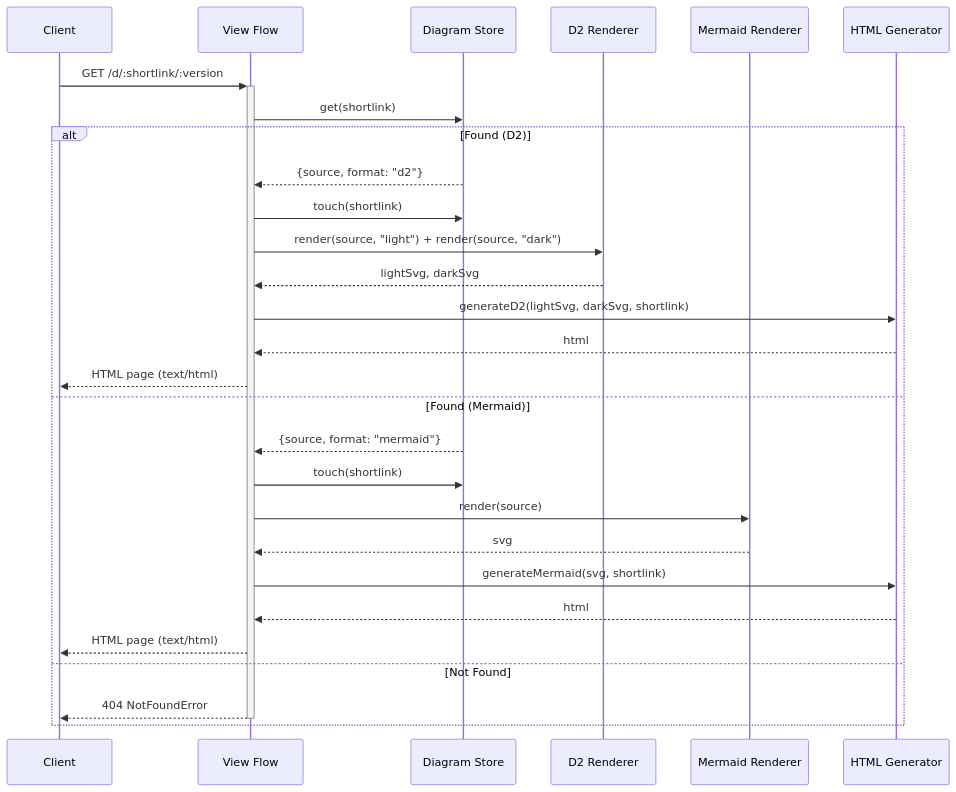
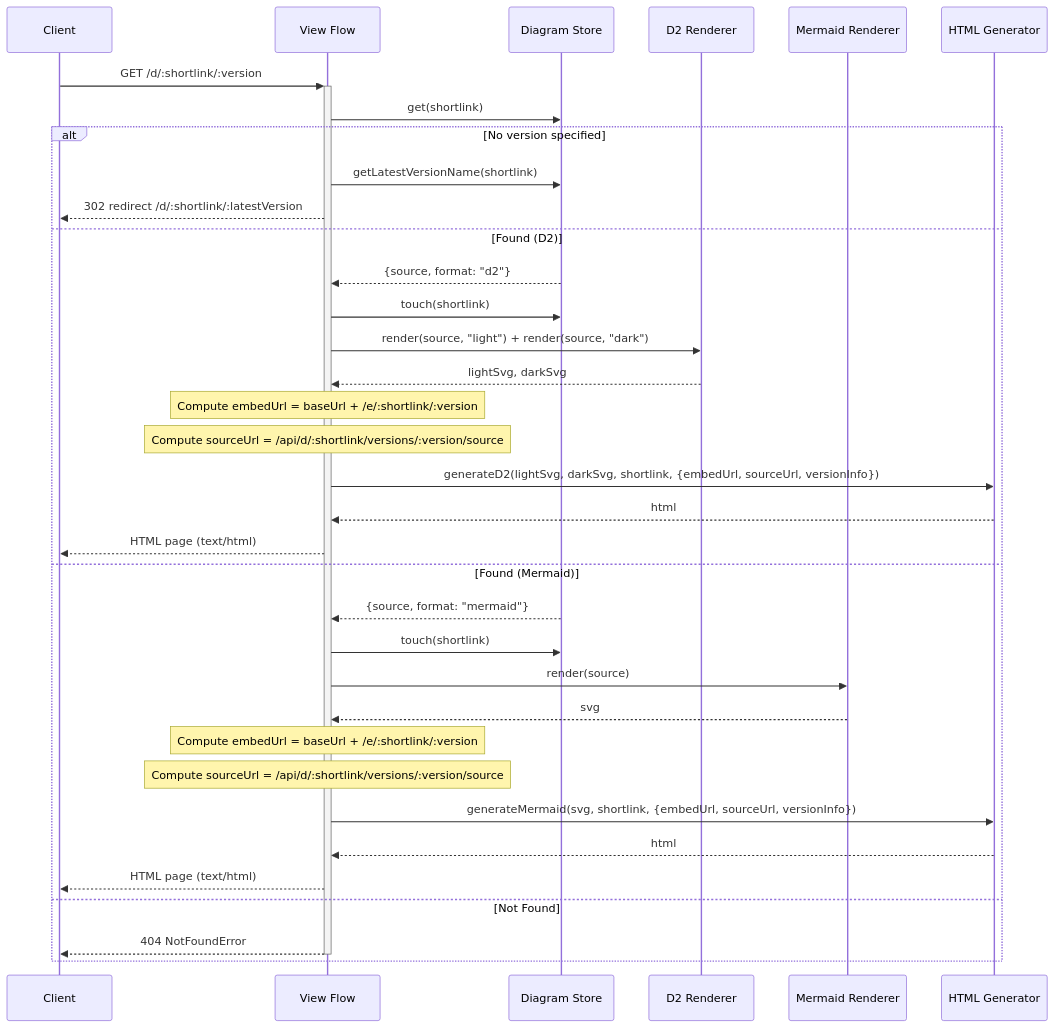
The second of 2 diagrams in .c3/c3-1-api-server/c3-116-view-flow.md (lagz0ne/diashort), drawn with Mermaid before and after one commit. The commit also changed other lines of this file and 26 other files, not shown here.

First line of the commit message:
docs: audit and update C3 architecture docs, add codemap

````diff
--- a/.c3/c3-1-api-server/c3-116-view-flow.md
+++ b/.c3/c3-1-api-server/c3-116-view-flow.md
@@ -28,31 +41,38 @@
 ```mermaid
 sequenceDiagram
     participant Client
     participant Flow as View Flow
     participant Store as Diagram Store
     participant D2 as D2 Renderer
     participant Mermaid as Mermaid Renderer
     participant Gen as HTML Generator
 
     Client->>+Flow: GET /d/:shortlink/:version
     Flow->>Store: get(shortlink)
-    alt Found (D2)
+    alt No version specified
+        Flow->>Store: getLatestVersionName(shortlink)
+        Flow-->>Client: 302 redirect /d/:shortlink/:latestVersion
+    else Found (D2)
         Store-->>Flow: {source, format: "d2"}
         Flow->>Store: touch(shortlink)
         Flow->>D2: render(source, "light") + render(source, "dark")
         D2-->>Flow: lightSvg, darkSvg
-        Flow->>Gen: generateD2(lightSvg, darkSvg, shortlink)
+        Note over Flow: Compute embedUrl = baseUrl + /e/:shortlink/:version
+        Note over Flow: Compute sourceUrl = /api/d/:shortlink/versions/:version/source
+        Flow->>Gen: generateD2(lightSvg, darkSvg, shortlink, {embedUrl, sourceUrl, versionInfo})
         Gen-->>Flow: html
         Flow-->>Client: HTML page (text/html)
     else Found (Mermaid)
         Store-->>Flow: {source, format: "mermaid"}
         Flow->>Store: touch(shortlink)
         Flow->>Mermaid: render(source)
         Mermaid-->>Flow: svg
-        Flow->>Gen: generateMermaid(svg, shortlink)
+        Note over Flow: Compute embedUrl = baseUrl + /e/:shortlink/:version
+        Note over Flow: Compute sourceUrl = /api/d/:shortlink/versions/:version/source
+        Flow->>Gen: generateMermaid(svg, shortlink, {embedUrl, sourceUrl, versionInfo})
         Gen-->>Flow: html
         Flow-->>Client: HTML page (text/html)
     else Not Found
         Flow-->>-Client: 404 NotFoundError
     end
 ```
````
